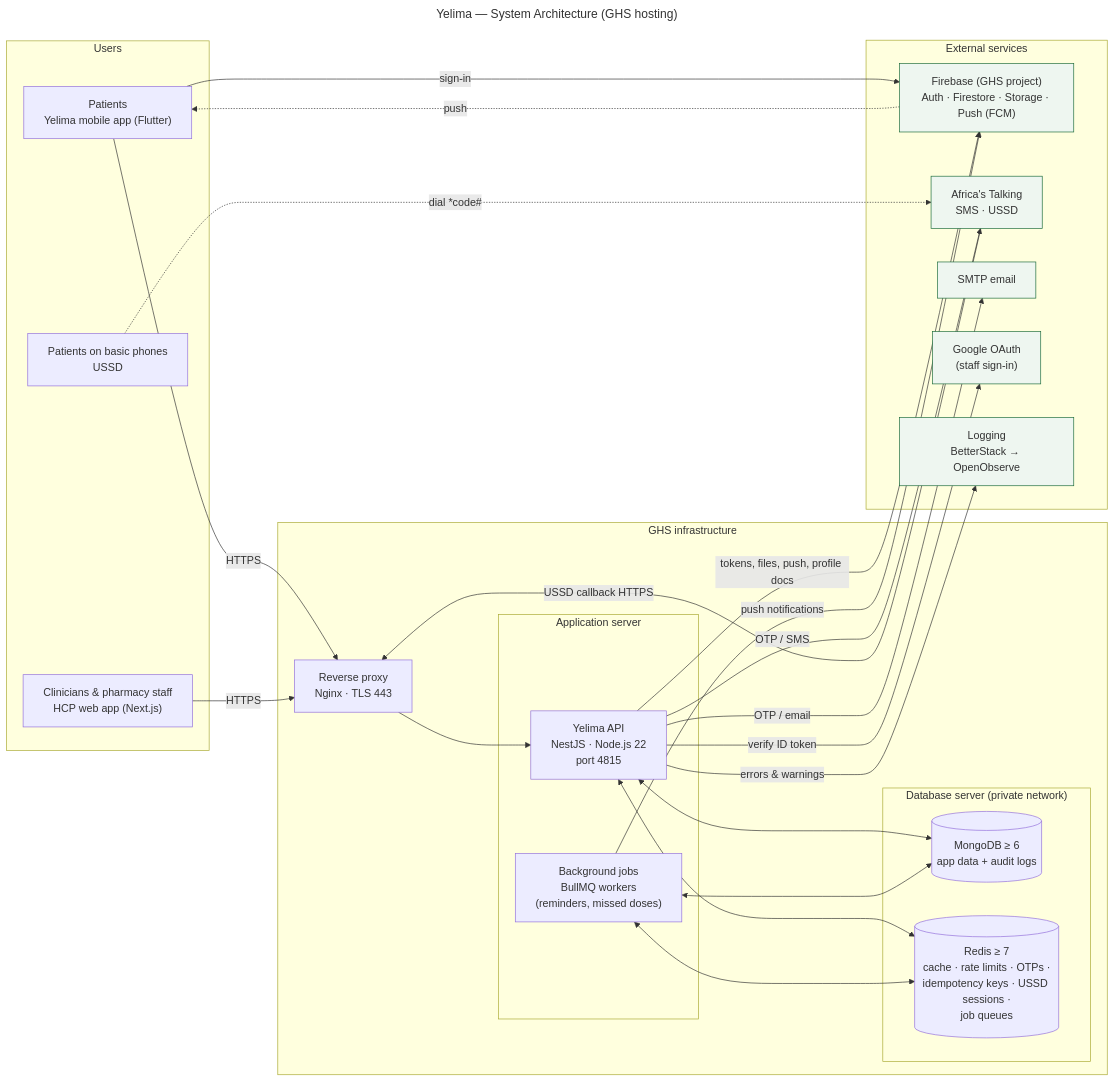
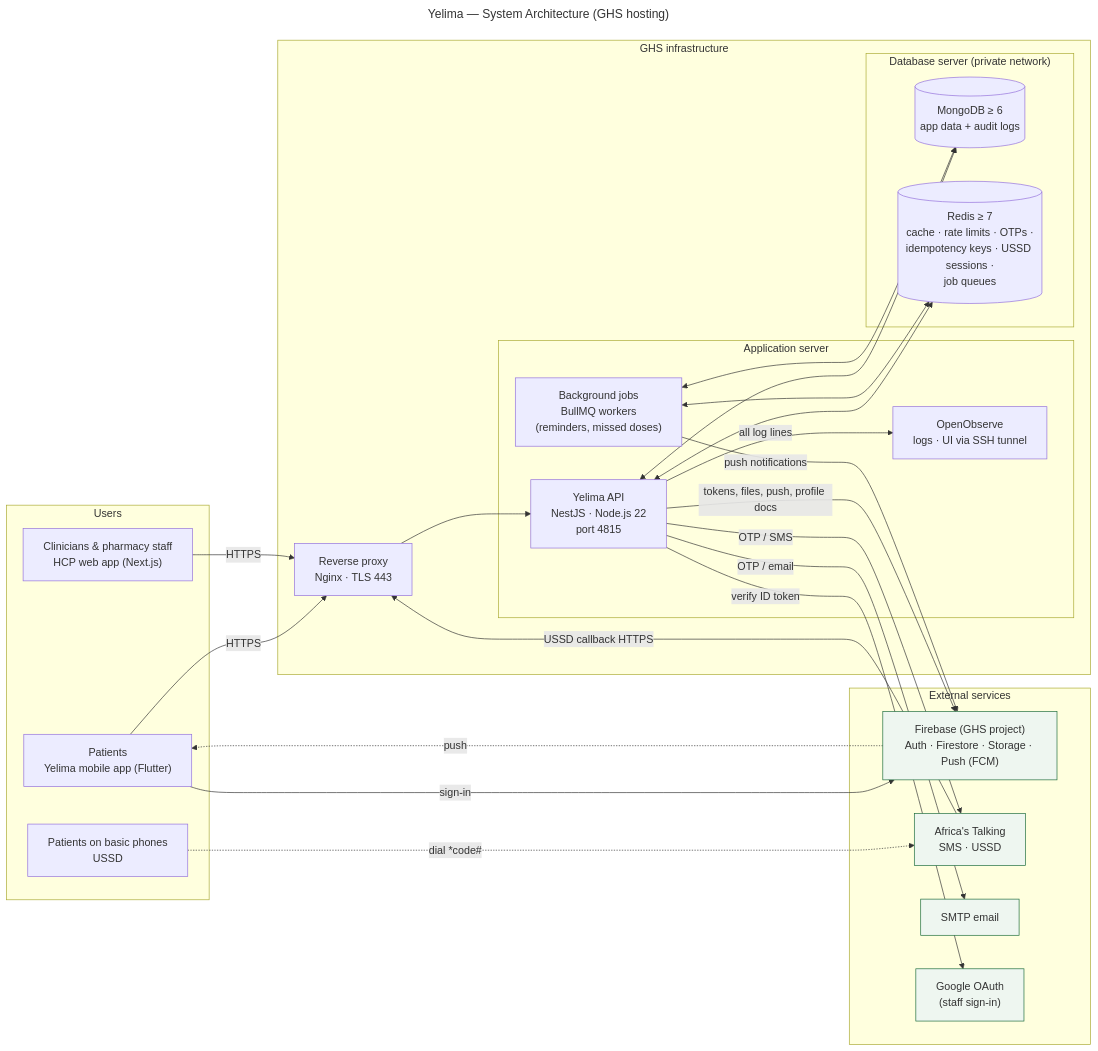
The diagram in docs/diagrams/architecture.mmd (Zomujo/dnh-server), drawn with Mermaid before and after one commit. The commit also changed 20 other files, not shown here.

First line of the commit message:
feat(logging): send logs to a self-hosted OpenObserve instead of BetterStack

```diff
--- a/docs/diagrams/architecture.mmd
+++ b/docs/diagrams/architecture.mmd
@@ -1,50 +1,50 @@
 ---
 title: Yelima — System Architecture (GHS hosting)
 ---
 flowchart LR
   subgraph Users
     P["Patients<br/>Yelima mobile app (Flutter)"]
     U["Patients on basic phones<br/>USSD"]
     H["Clinicians & pharmacy staff<br/>HCP web app (Next.js)"]
   end
 
   subgraph GHS["GHS infrastructure"]
     RP["Reverse proxy<br/>Nginx · TLS 443"]
     subgraph APP["Application server"]
       API["Yelima API<br/>NestJS · Node.js 22<br/>port 4815"]
       W["Background jobs<br/>BullMQ workers<br/>(reminders, missed doses)"]
+      LG["OpenObserve<br/>logs · UI via SSH tunnel"]
     end
     subgraph DB["Database server (private network)"]
       M[("MongoDB ≥ 6<br/>app data + audit logs")]
       R[("Redis ≥ 7<br/>cache · rate limits · OTPs ·<br/>idempotency keys · USSD sessions ·<br/>job queues")]
     end
   end
 
   subgraph EXT["External services"]
     FB["Firebase (GHS project)<br/>Auth · Firestore · Storage · Push (FCM)"]
     AT["Africa's Talking<br/>SMS · USSD"]
     SM["SMTP email"]
     GO["Google OAuth<br/>(staff sign-in)"]
-    LG["Logging<br/>BetterStack → OpenObserve"]
   end
 
   P -- HTTPS --> RP
   H -- HTTPS --> RP
   U -. dial *code# .-> AT
   AT -- USSD callback HTTPS --> RP
   RP --> API
   API <--> M
   API <--> R
   W <--> R
   W <--> M
   API -- tokens, files, push, profile docs --> FB
   P -- sign-in --> FB
   W -- push notifications --> FB
   FB -. push .-> P
   API -- OTP / SMS --> AT
   API -- OTP / email --> SM
   API -- verify ID token --> GO
-  API -- errors & warnings --> LG
+  API -- all log lines --> LG
 
   classDef ext fill:#eef6f0,stroke:#1b6b3a;
-  class FB,AT,SM,GO,LG ext;
+  class FB,AT,SM,GO ext;
```
